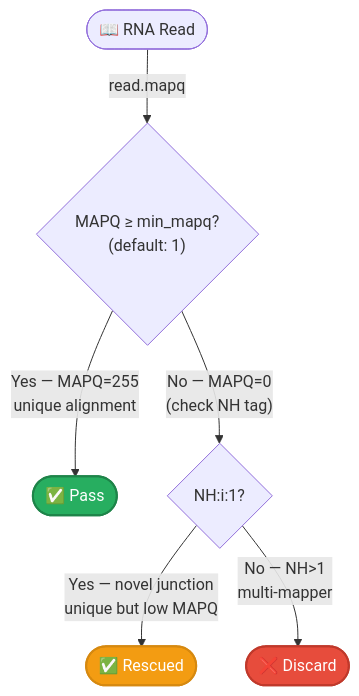
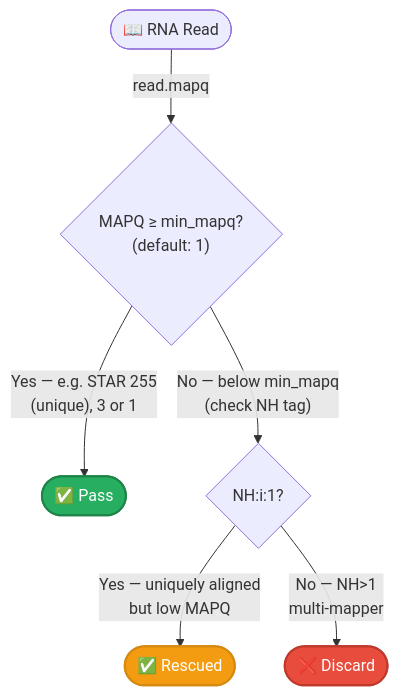
Before and after one commit to msk-access/gbcms: the second of 2 diagrams in docs/reference/read-filters.md, drawn with Mermaid. The commit also changed other lines of this file and 25 other files, not shown here.

````diff
--- a/docs/reference/read-filters.md
+++ b/docs/reference/read-filters.md
@@ -209,13 +209,13 @@
 ```mermaid
 flowchart TD
     Read(["📖 RNA Read"])
     Read -->|"read.mapq"| MAPQ{"MAPQ ≥ min_mapq?\n(default: 1)"}
-    MAPQ -->|"Yes — MAPQ=255\nunique alignment"| Pass(["✅ Pass"]):::pass
-    MAPQ -->|"No — MAPQ=0\n(check NH tag)"| NH{"NH:i:1?"}
-    NH -->|"Yes — novel junction\nunique but low MAPQ"| Rescue(["✅ Rescued"]):::rescue
+    MAPQ -->|"Yes — e.g. STAR 255\n(unique), 3 or 1"| Pass(["✅ Pass"]):::pass
+    MAPQ -->|"No — below min_mapq\n(check NH tag)"| NH{"NH:i:1?"}
+    NH -->|"Yes — uniquely aligned\nbut low MAPQ"| Rescue(["✅ Rescued"]):::rescue
     NH -->|"No — NH>1\nmulti-mapper"| Drop(["❌ Discard"]):::drop
 
     classDef pass fill:#27ae60,color:#fff,stroke:#1e8449,stroke-width:2px;
     classDef rescue fill:#f39c12,color:#fff,stroke:#d68910,stroke-width:2px;
     classDef drop fill:#e74c3c,color:#fff,stroke:#c0392b,stroke-width:2px;
 ```
````
